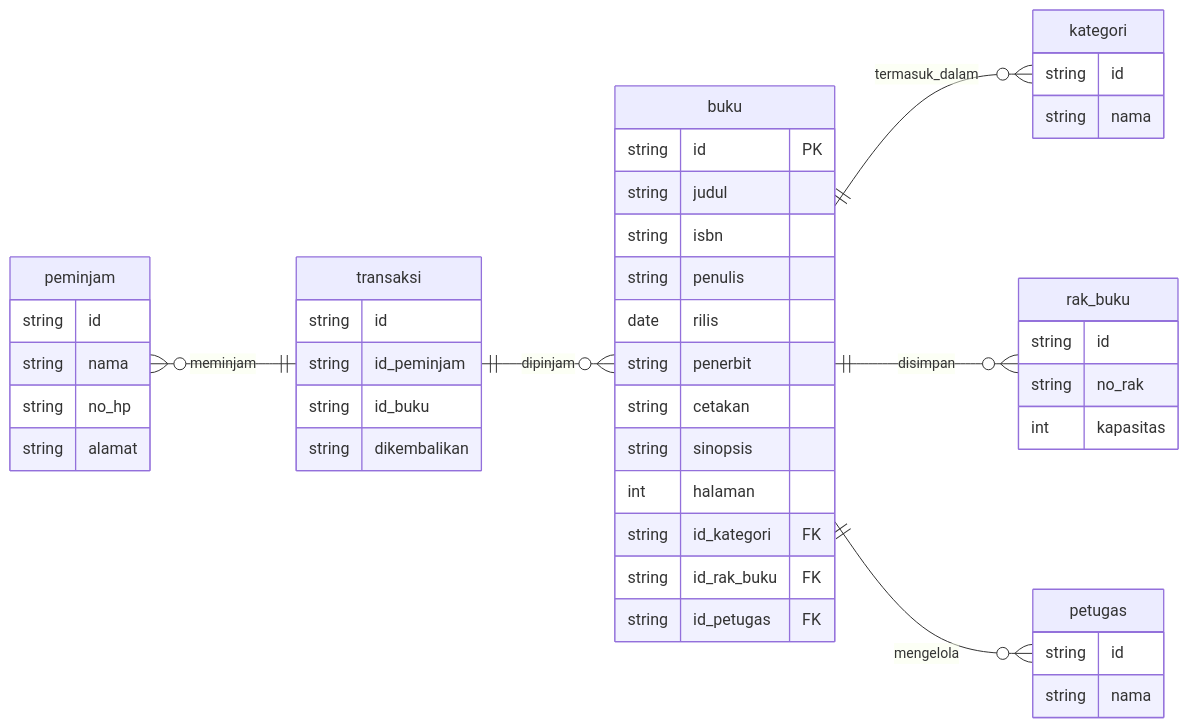
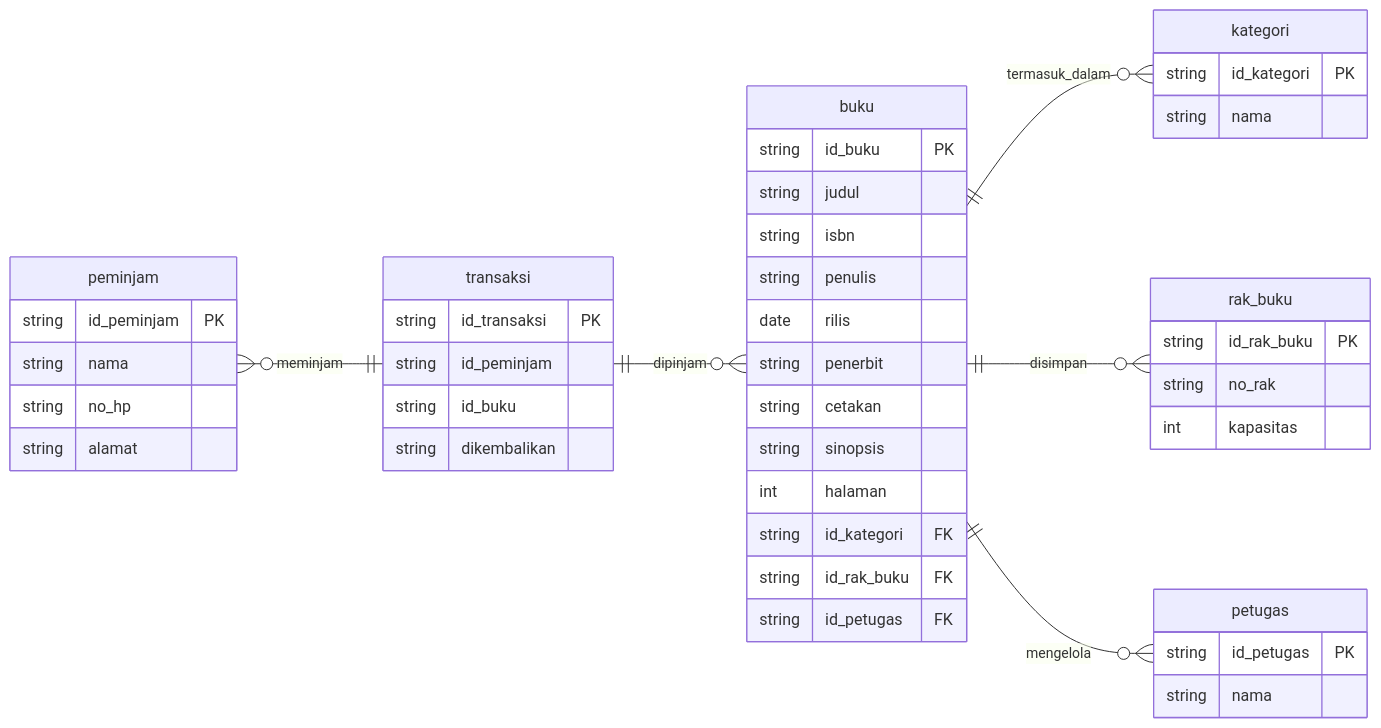
The diagram in README.md (devbydenis/fgo24-db-erd), drawn with Mermaid before and after one commit. The commit also changed other lines of this file, not shown here.

Commit message:
refactor: id writing

````diff
--- a/README.md
+++ b/README.md
@@ -3,54 +3,54 @@
 ```mermaid
 erDiagram
   direction lr
   buku ||--o{ kategori : termasuk_dalam
   buku ||--o{ rak_buku: disimpan
   buku ||--o{ petugas: mengelola
   peminjam }o--|| transaksi: meminjam
   transaksi ||--o{ buku: dipinjam
   
   buku {
-    string    id            PK
+    string    id_buku        PK
     string    judul
     string    isbn
     string    penulis
     date      rilis
     string    penerbit
     string    cetakan
     string    sinopsis
     int       halaman
-    string    id_kategori   FK
-    string    id_rak_buku   FK
-    string    id_petugas    FK
+    string    id_kategori    FK
+    string    id_rak_buku    FK
+    string    id_petugas     FK
   }
   kategori {
-    string    id
+    string    id_kategori    PK
     string    nama
   }
   
   rak_buku{
-    string    id
+    string    id_rak_buku    PK
     string    no_rak
     int       kapasitas
   }
 
   petugas {
-    string    id
+    string    id_petugas     PK
     string    nama
   }
 
   peminjam {
-    string    id
+    string    id_peminjam    PK
     string    nama
     string    no_hp
     string    alamat
   }
 
   transaksi {
-    string    id
+    string    id_transaksi   PK
     string    id_peminjam
     string    id_buku
     string    dikembalikan
   }
 
 ```
````
